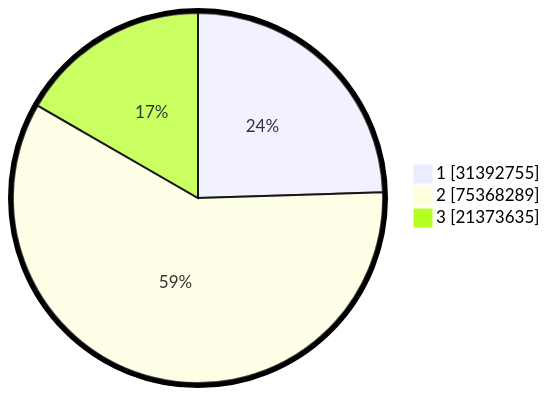
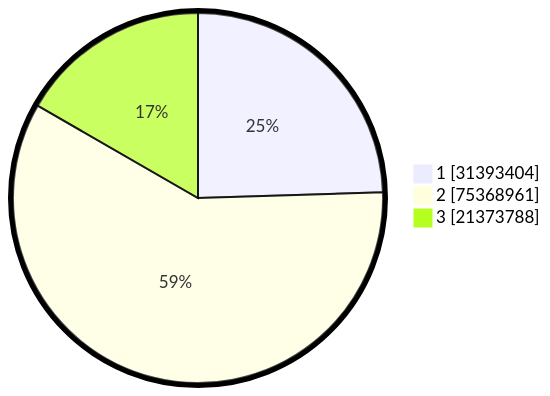
Before and after one commit to gigit-pemilu/pemilu-2024: the second of 2 diagrams in pilpres/hitung-suara/README.md, drawn with Mermaid. The commit also changed other lines of this file and 6 other files, not shown here.

````diff
--- a/pilpres/hitung-suara/README.md
+++ b/pilpres/hitung-suara/README.md
@@ -93,7 +93,7 @@
 ```mermaid
 %%{init: {"pie": {"textPosition": 0.5}, "themeVariables": {"pieOuterStrokeWidth": "5px"}} }%%
 pie showData
-    "1" : 31392755
-    "2" : 75368289
-    "3" : 21373635
+    "1" : 31393404
+    "2" : 75368961
+    "3" : 21373788
 ```
````
